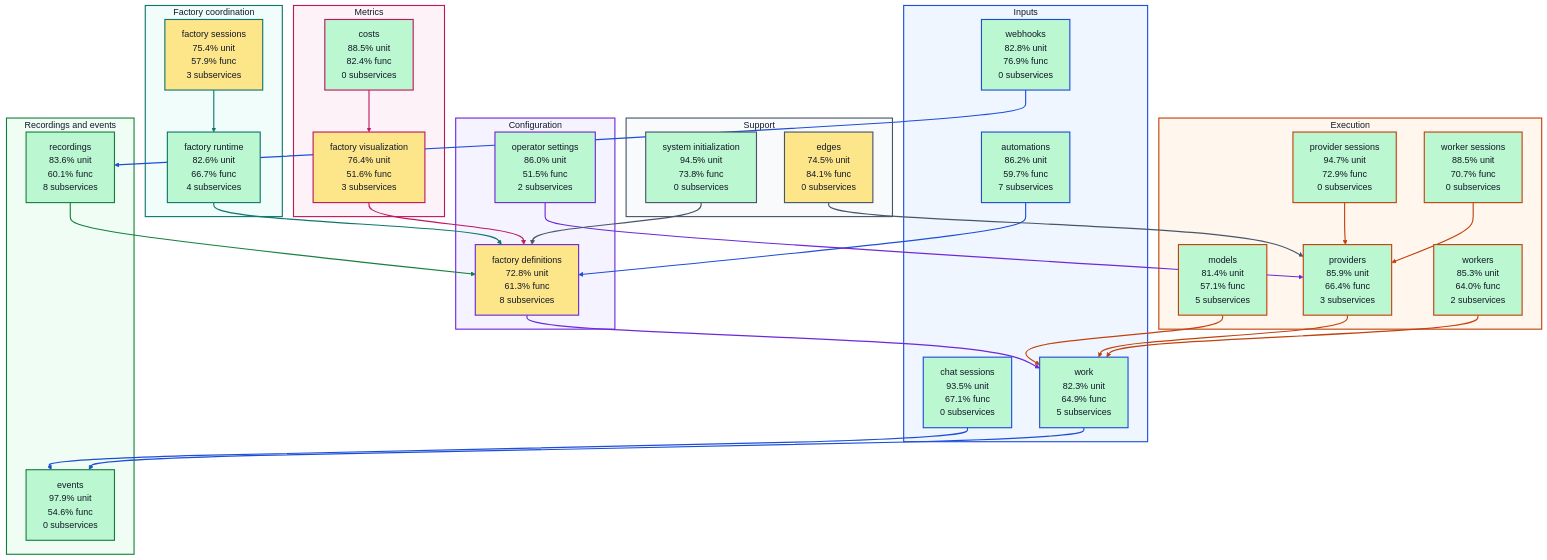
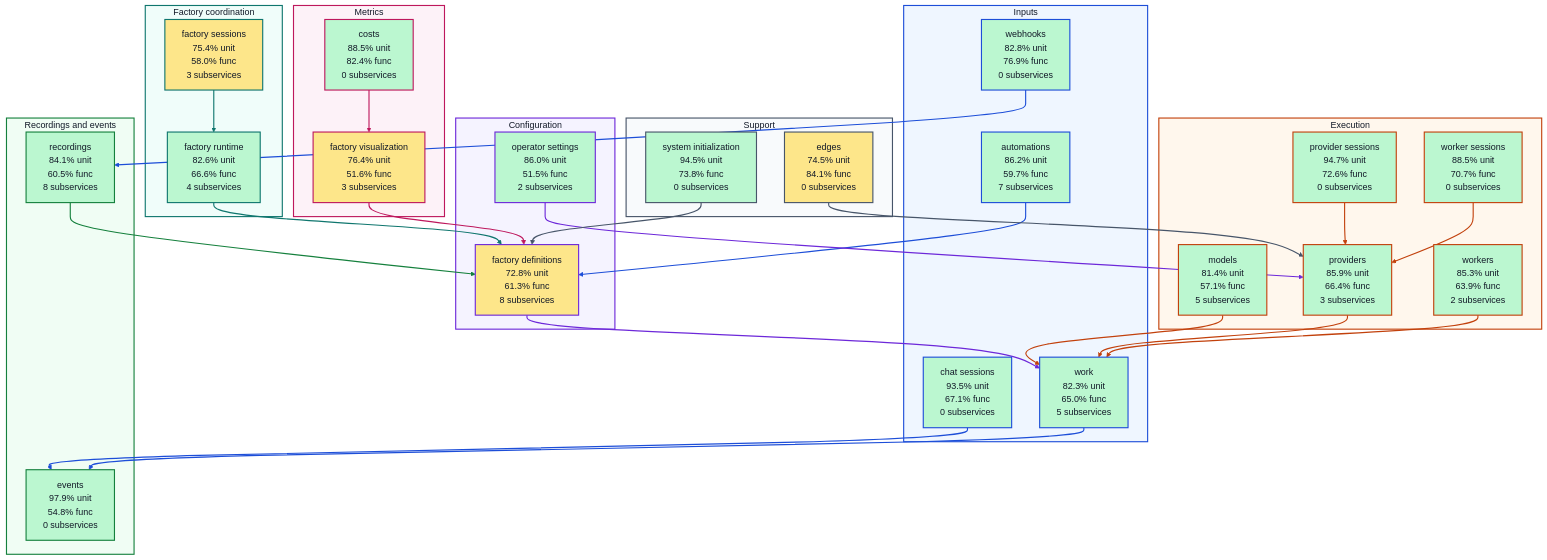
The diagram in docs/architecture/visualizations/high-level-test-coverage.md (portpowered/you-agent-factory), drawn with Mermaid before and after one commit. The commit also changed other lines of this file and 20 other files, not shown here.

Commit message:
docs: refresh backend architecture visualizations

```diff
--- a/docs/architecture/visualizations/high-level-test-coverage.md
+++ b/docs/architecture/visualizations/high-level-test-coverage.md
@@ -14,26 +14,26 @@
     s_services_automations["automations<br/>86.2% unit<br/>59.7% func<br/>7 subservices"]
     s_services_chat_sessions["chat sessions<br/>93.5% unit<br/>67.1% func<br/>0 subservices"]
     s_services_webhooks["webhooks<br/>82.8% unit<br/>76.9% func<br/>0 subservices"]
-    s_services_work["work<br/>82.3% unit<br/>64.9% func<br/>5 subservices"]
+    s_services_work["work<br/>82.3% unit<br/>65.0% func<br/>5 subservices"]
   end
   subgraph configuration["Configuration"]
     s_services_factory_definitions["factory definitions<br/>72.8% unit<br/>61.3% func<br/>8 subservices"]
     s_services_operator_settings["operator settings<br/>86.0% unit<br/>51.5% func<br/>2 subservices"]
   end
   subgraph coordination["Factory coordination"]
-    s_services_factory_runtime["factory runtime<br/>82.6% unit<br/>66.7% func<br/>4 subservices"]
-    s_services_factory_sessions["factory sessions<br/>75.4% unit<br/>57.9% func<br/>3 subservices"]
+    s_services_factory_runtime["factory runtime<br/>82.6% unit<br/>66.6% func<br/>4 subservices"]
+    s_services_factory_sessions["factory sessions<br/>75.4% unit<br/>58.0% func<br/>3 subservices"]
   end
   subgraph execution["Execution"]
     s_services_models["models<br/>81.4% unit<br/>57.1% func<br/>5 subservices"]
-    s_services_provider_sessions["provider sessions<br/>94.7% unit<br/>72.9% func<br/>0 subservices"]
+    s_services_provider_sessions["provider sessions<br/>94.7% unit<br/>72.6% func<br/>0 subservices"]
     s_services_providers["providers<br/>85.9% unit<br/>66.4% func<br/>3 subservices"]
     s_services_worker_sessions["worker sessions<br/>88.5% unit<br/>70.7% func<br/>0 subservices"]
-    s_services_workers["workers<br/>85.3% unit<br/>64.0% func<br/>2 subservices"]
+    s_services_workers["workers<br/>85.3% unit<br/>63.9% func<br/>2 subservices"]
   end
   subgraph recordings["Recordings and events"]
-    s_services_events["events<br/>97.9% unit<br/>54.6% func<br/>0 subservices"]
-    s_services_recordings["recordings<br/>83.6% unit<br/>60.1% func<br/>8 subservices"]
+    s_services_events["events<br/>97.9% unit<br/>54.8% func<br/>0 subservices"]
+    s_services_recordings["recordings<br/>84.1% unit<br/>60.5% func<br/>8 subservices"]
   end
   subgraph metrics["Metrics"]
     s_services_costs["costs<br/>88.5% unit<br/>82.4% func<br/>0 subservices"]
```
